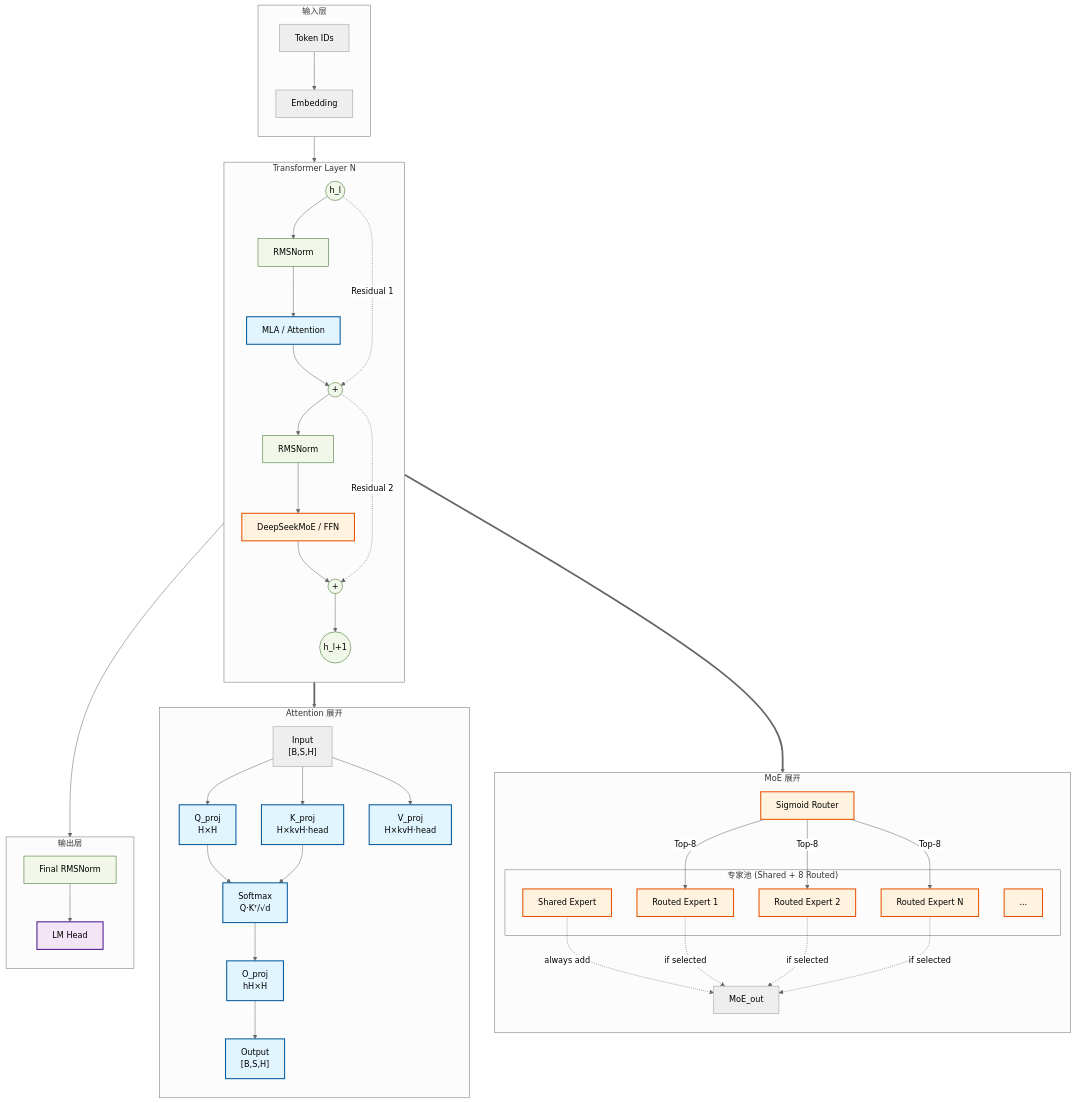
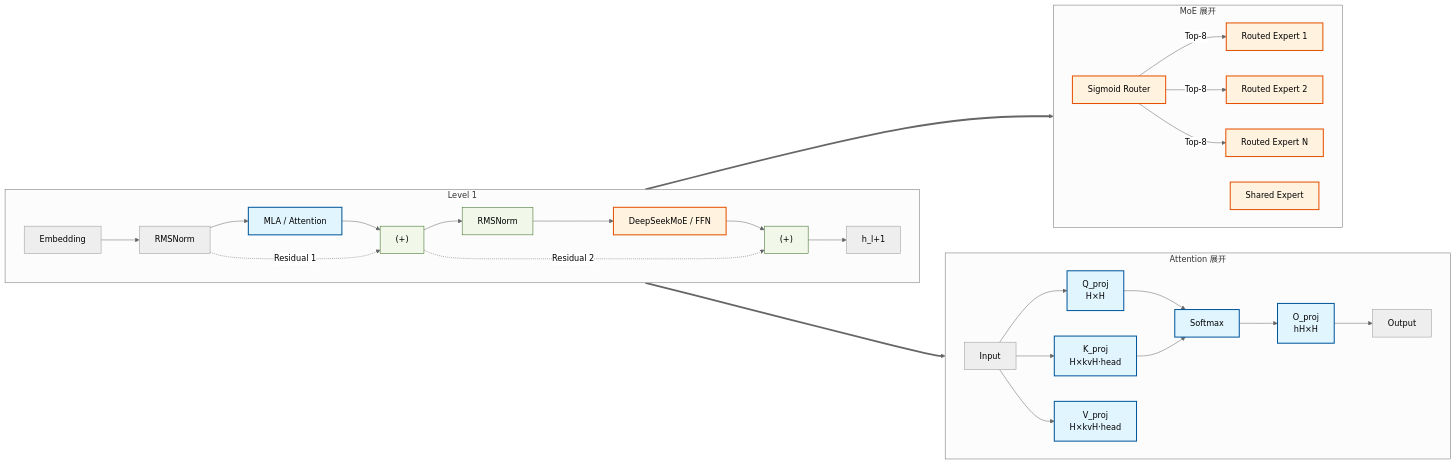
Before and after one commit to kevinoldching/agent-skills: the second of 3 diagrams in llm_arch_generator/docs/superpowers/specs/2026-03-26-llm_arch_generator-design.md, drawn with Mermaid (neutral theme). The commit also changed other lines of this file, not shown here.

Commit message:
docs: restructure Level 2 to graph LR with attention and MoE on right
- Use graph LR (left-to-right) instead of TD
- Left: Level 1 (Transformer Layer flow)
- Right: Attention 展开 and MoE 展开 as parallel subgraphs
- Both expanded modules now appear on the right side

````diff
--- a/llm_arch_generator/docs/superpowers/specs/2026-03-26-llm_arch_generator-design.md
+++ b/llm_arch_generator/docs/superpowers/specs/2026-03-26-llm_arch_generator-design.md
@@ -201,5 +201,5 @@
 ```mermaid
-graph TD
+graph LR
     %% === 颜色定义 ===
     classDef attention fill:#e1f5ff,stroke:#01579b,stroke-width:2px;
     classDef moe fill:#fff3e0,stroke:#e65100,stroke-width:2px;
@@ -208,81 +208,53 @@
     classDef input_stage fill:#f3e5f5,stroke:#4a148c,stroke-width:2px;
     classDef output_stage fill:#f3e5f5,stroke:#4a148c,stroke-width:2px;
 
-    %% === 输入层 (Level 1) ===
-    subgraph Input_Stage ["输入层"]
-        direction TB
-        Tokens["Token IDs"] --> Embed["Embedding"]
-    end
-
-    %% === Layer N 结构 (Level 1) ===
-    subgraph Transformer_Layer ["Transformer Layer N"]
-        direction TB
-
-        layer_in((h_l)):::norm --> ln1["RMSNorm"]:::norm
+    subgraph L1 ["Level 1"]
+        direction LR
+        Embed["Embedding"] --> ln1["RMSNorm"]
         ln1 --> attn_module["MLA / Attention"]:::attention
 
-        attn_module --> add1((+)):::norm
-        layer_in -.-> |Residual 1| add1
+        attn_module --> add1["(+)"]:::norm
+        ln1 -.-> |Residual 1| add1
 
         add1 --> ln2["RMSNorm"]:::norm
         ln2 --> moe_module["DeepSeekMoE / FFN"]:::moe
 
-        moe_module --> add2((+)):::norm
+        moe_module --> add2["(+)"]:::norm
         add1 -.-> |Residual 2| add2
 
-        add2 --> layer_out((h_l+1)):::norm
+        add2 --> layer_out["h_l+1"]
     end
 
-    %% === MoE 展开 (Level 2) ===
-    subgraph MoE_Detail ["MoE 展开"]
-        direction TB
+    %% === Attention 展开 (右侧) ===
+    subgraph Attn_Expand ["Attention 展开"]
+        direction LR
+        attn_in["Input"] --> q_proj["Q_proj<br/>H×H"]:::attention
+        attn_in --> k_proj["K_proj<br/>H×kvH·head"]:::attention
+        attn_in --> v_proj["V_proj<br/>H×kvH·head"]:::attention
 
+        q_proj --> softmax["Softmax"]:::attention
+        k_proj --> softmax
+
+        softmax --> o_proj["O_proj<br/>hH×H"]:::attention
+        o_proj --> attn_out["Output"]
+    end
+
+    %% === MoE 展开 (右侧) ===
+    subgraph MoE_Expand ["MoE 展开"]
+        direction LR
         router["Sigmoid Router"]:::moe
 
-        subgraph Expert_Pool ["专家池 (Shared + 8 Routed)"]
-            shared["Shared Expert"]:::moe
-            routed_1["Routed Expert 1"]:::moe
-            routed_2["Routed Expert 2"]:::moe
-            routed_x["..." ]:::moe
-            routed_n["Routed Expert N"]:::moe
-        end
+        shared["Shared Expert"]:::moe
+        routed_1["Routed Expert 1"]:::moe
+        routed_2["Routed Expert 2"]:::moe
+        routed_n["Routed Expert N"]:::moe
 
         router --> |Top-8| routed_1
         router --> |Top-8| routed_2
         router --> |Top-8| routed_n
-        shared -.-> |always add| MoE_out
-        routed_1 -.-> |if selected| MoE_out
-        routed_2 -.-> |if selected| MoE_out
-        routed_n -.-> |if selected| MoE_out
     end
 
-    subgraph Attention_Detail ["Attention 展开"]
-        direction TB
-
-        attn_in["Input<br/>[B,S,H]"] --> q_proj["Q_proj<br/>H×H"]:::attention
-        attn_in --> k_proj["K_proj<br/>H×kvH·head"]:::attention
-        attn_in --> v_proj["V_proj<br/>H×kvH·head"]:::attention
-
-        q_proj --> softmax["Softmax<br/>Q·Kᵀ/√d"]:::attention
-        k_proj --> softmax
-
-        softmax --> o_proj["O_proj<br/>hH×H"]:::attention
-        o_proj --> attn_out["Output<br/>[B,S,H]"]:::attention
-    end
-
-    %% === 输出层 ===
-    subgraph Output_Stage ["输出层"]
-        direction TB
-        final_norm["Final RMSNorm"]:::norm
-        Head["LM Head"]:::output_stage
-    end
-
-    %% === 全局连接 ===
-    Embed --> layer_in
-    layer_out --> final_norm
-    final_norm --> Head
-
     %% === 展开关系 (Level 1 ==> Level 2) ===
+    attn_module ==> attn_in
     moe_module ==> router
-    attn_module ==> q_proj
 ```
````
